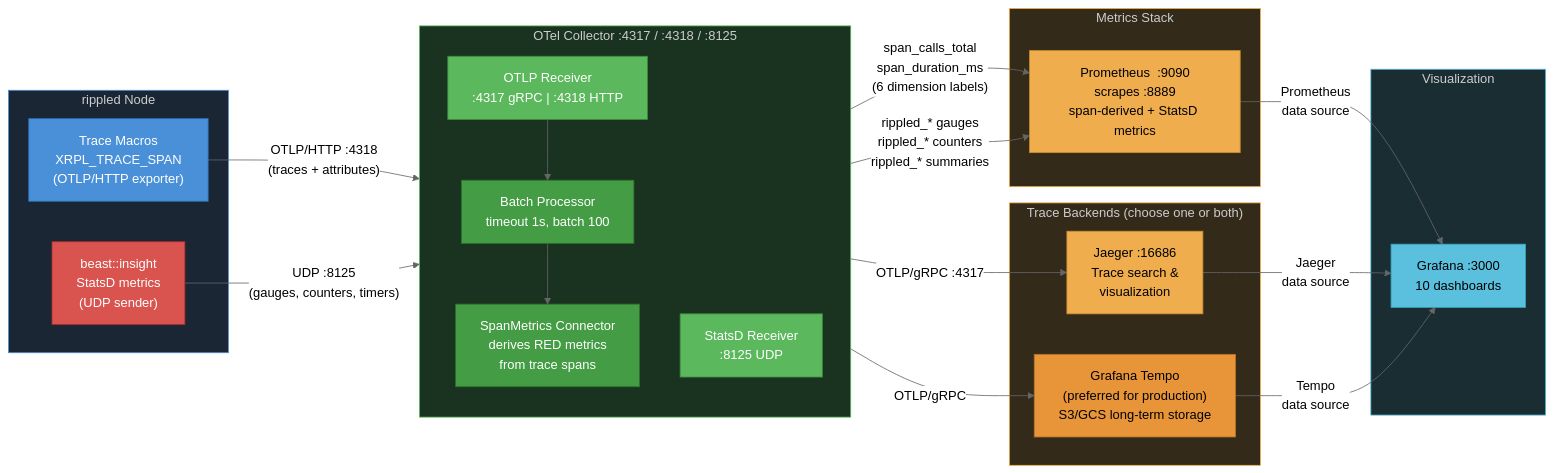
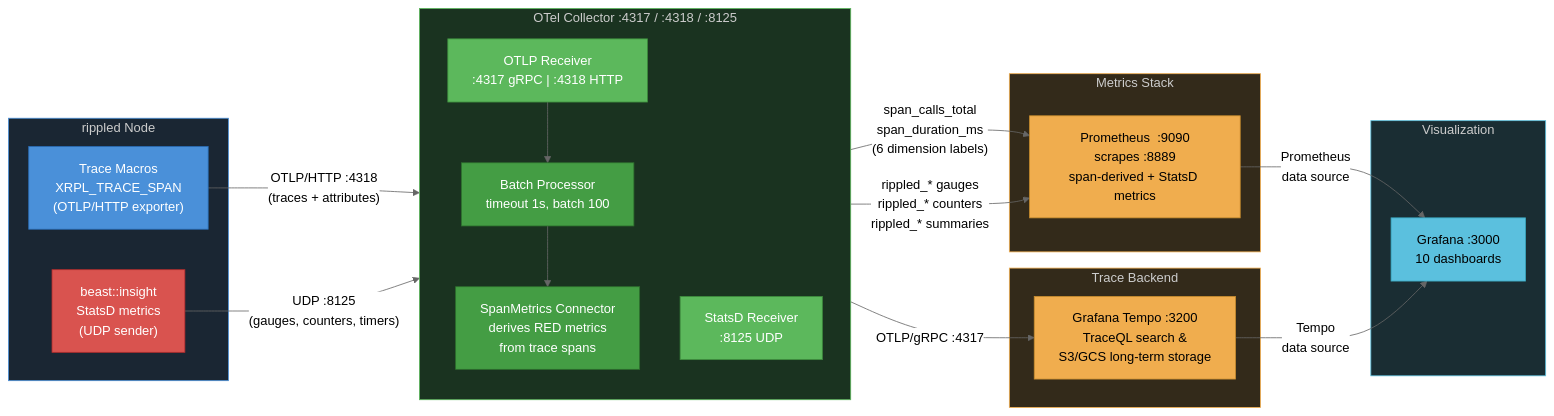
The diagram in OpenTelemetryPlan/09-data-collection-reference.md (XRPLF/rippled), drawn with Mermaid (neutral theme) before and after one commit. The commit also changed other lines of this file, not shown here.

Commit message:
docs(telemetry): replace Jaeger with Tempo in data collection reference

````diff
--- a/OpenTelemetryPlan/09-data-collection-reference.md
+++ b/OpenTelemetryPlan/09-data-collection-reference.md
@@ -9,60 +9,56 @@
 ```mermaid
 graph LR
     subgraph rippledNode["rippled Node"]
         A["Trace Macros<br/>XRPL_TRACE_SPAN<br/>(OTLP/HTTP exporter)"]
         B["beast::insight<br/>StatsD metrics<br/>(UDP sender)"]
     end
 
     subgraph collector["OTel Collector  :4317 / :4318 / :8125"]
         direction TB
         R1["OTLP Receiver<br/>:4317 gRPC  |  :4318 HTTP"]
         R2["StatsD Receiver<br/>:8125 UDP"]
         BP["Batch Processor<br/>timeout 1s, batch 100"]
         SM["SpanMetrics Connector<br/>derives RED metrics<br/>from trace spans"]
 
         R1 --> BP
         BP --> SM
     end
 
-    subgraph backends["Trace Backends  (choose one or both)"]
-        D["Jaeger  :16686<br/>Trace search &<br/>visualization"]
-        T["Grafana Tempo<br/>(preferred for production)<br/>S3/GCS long-term storage"]
+    subgraph backends["Trace Backend"]
+        D["Grafana Tempo  :3200<br/>TraceQL search &<br/>S3/GCS long-term storage"]
     end
 
     subgraph metrics["Metrics Stack"]
         E["Prometheus  :9090<br/>scrapes :8889<br/>span-derived + StatsD metrics"]
     end
 
     subgraph viz["Visualization"]
         F["Grafana  :3000<br/>10 dashboards"]
     end
 
     A -->|"OTLP/HTTP :4318<br/>(traces + attributes)"| R1
     B -->|"UDP :8125<br/>(gauges, counters, timers)"| R2
 
     BP -->|"OTLP/gRPC :4317"| D
-    BP -->|"OTLP/gRPC"| T
 
     SM -->|"span_calls_total<br/>span_duration_ms<br/>(6 dimension labels)"| E
     R2 -->|"rippled_* gauges<br/>rippled_* counters<br/>rippled_* summaries"| E
 
     E -->|"Prometheus<br/>data source"| F
-    D -->|"Jaeger<br/>data source"| F
-    T -->|"Tempo<br/>data source"| F
+    D -->|"Tempo<br/>data source"| F
 
     style A fill:#4a90d9,color:#fff,stroke:#2a6db5
     style B fill:#d9534f,color:#fff,stroke:#b52d2d
     style R1 fill:#5cb85c,color:#fff,stroke:#3d8b3d
     style R2 fill:#5cb85c,color:#fff,stroke:#3d8b3d
     style BP fill:#449d44,color:#fff,stroke:#2d6e2d
     style SM fill:#449d44,color:#fff,stroke:#2d6e2d
     style D fill:#f0ad4e,color:#000,stroke:#c78c2e
-    style T fill:#e8953a,color:#000,stroke:#b5732a
     style E fill:#f0ad4e,color:#000,stroke:#c78c2e
     style F fill:#5bc0de,color:#000,stroke:#3aa8c1
     style rippledNode fill:#1a2633,color:#ccc,stroke:#4a90d9
     style collector fill:#1a3320,color:#ccc,stroke:#5cb85c
     style backends fill:#332a1a,color:#ccc,stroke:#f0ad4e
     style metrics fill:#332a1a,color:#ccc,stroke:#f0ad4e
     style viz fill:#1a2d33,color:#ccc,stroke:#5bc0de
 ```
````
